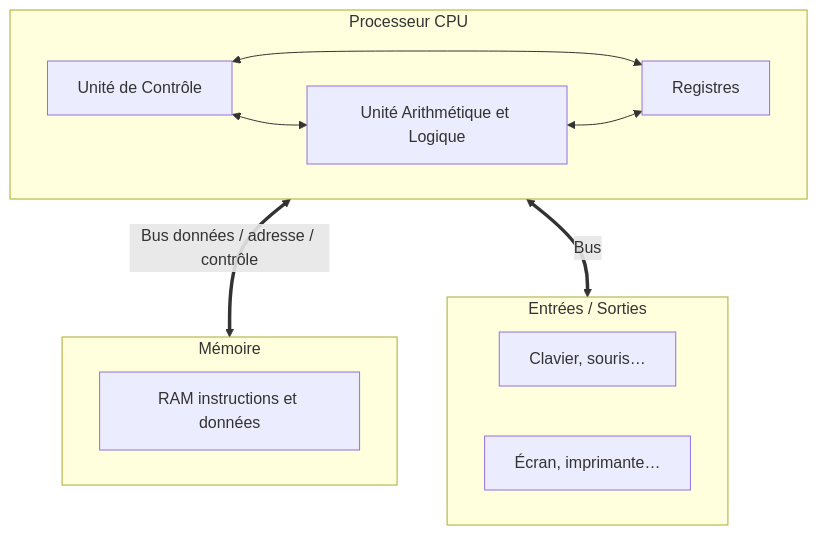
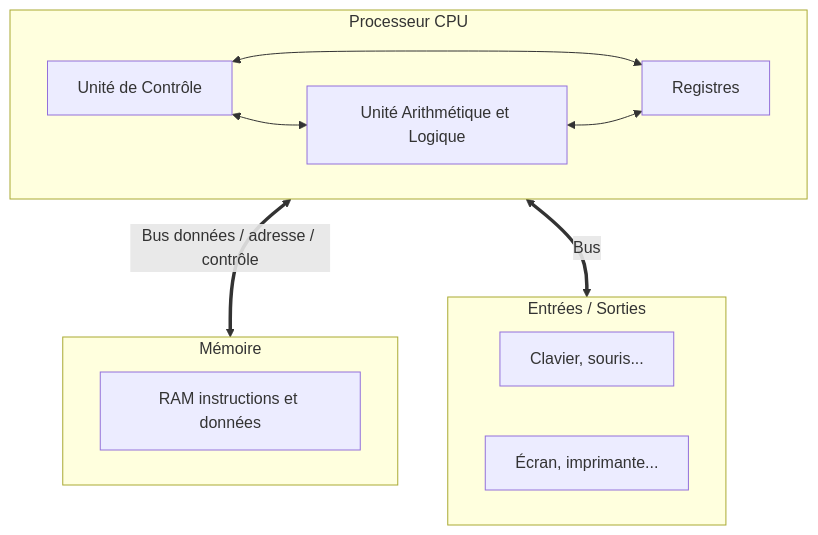
Before and after one commit to ClementBraunNSI/Nsi-app: the diagram in content/2/archi_von_neumann.md, drawn with Mermaid. The commit also changed other lines of this file and 319 other files, not shown here.

````diff
--- a/content/2/archi_von_neumann.md
+++ b/content/2/archi_von_neumann.md
@@ -20,23 +20,23 @@
 ```mermaid
 graph TD
     subgraph CPU [Processeur CPU]
         UC[Unité de Contrôle]
         UAL[Unité Arithmétique et Logique]
         Reg[Registres]
         UC <--> UAL
         UC <--> Reg
         UAL <--> Reg
     end
 
     subgraph Memory [Mémoire]
         RAM[RAM instructions et données]
     end
 
     subgraph IO [Entrées / Sorties]
-        Input[Clavier, souris…]
-        Output[Écran, imprimante…]
+        Input[Clavier, souris...]
+        Output[Écran, imprimante...]
     end
 
     CPU <==>|Bus données / adresse / contrôle| Memory
     CPU <==>|Bus| IO
 ```
````
